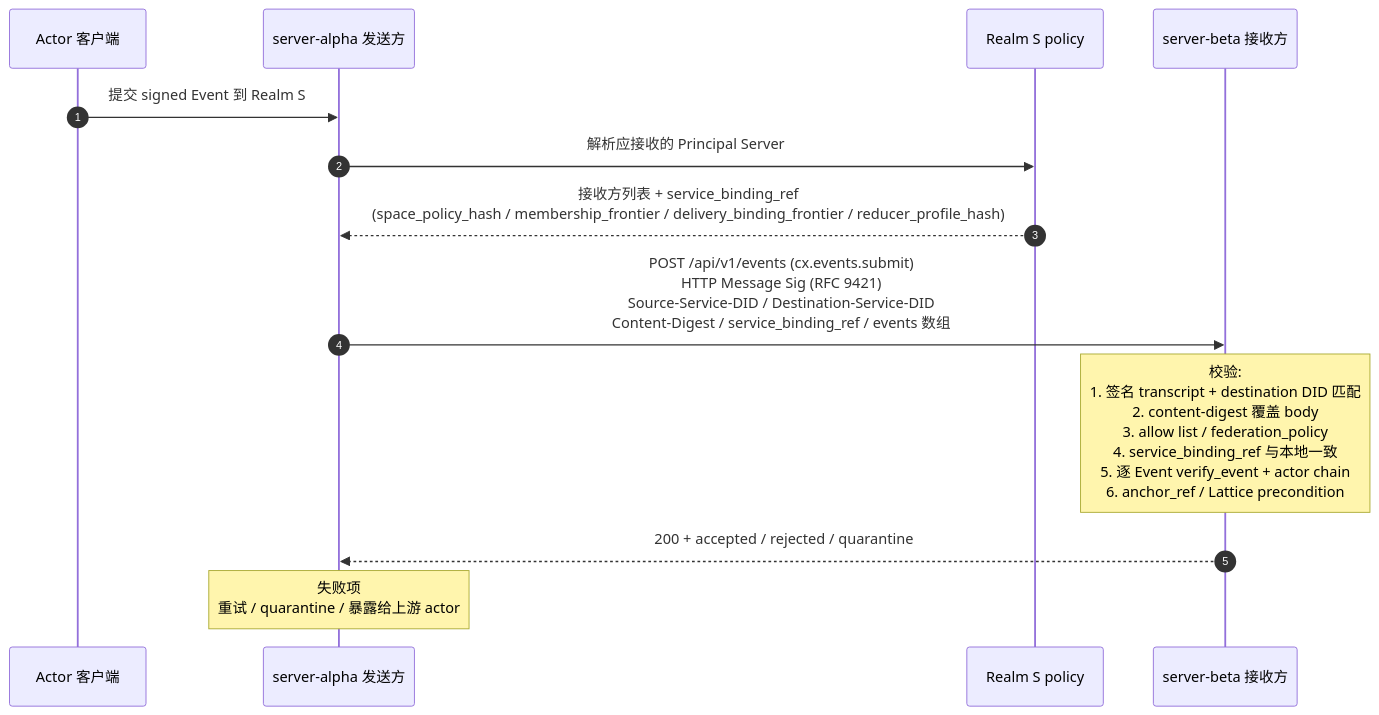
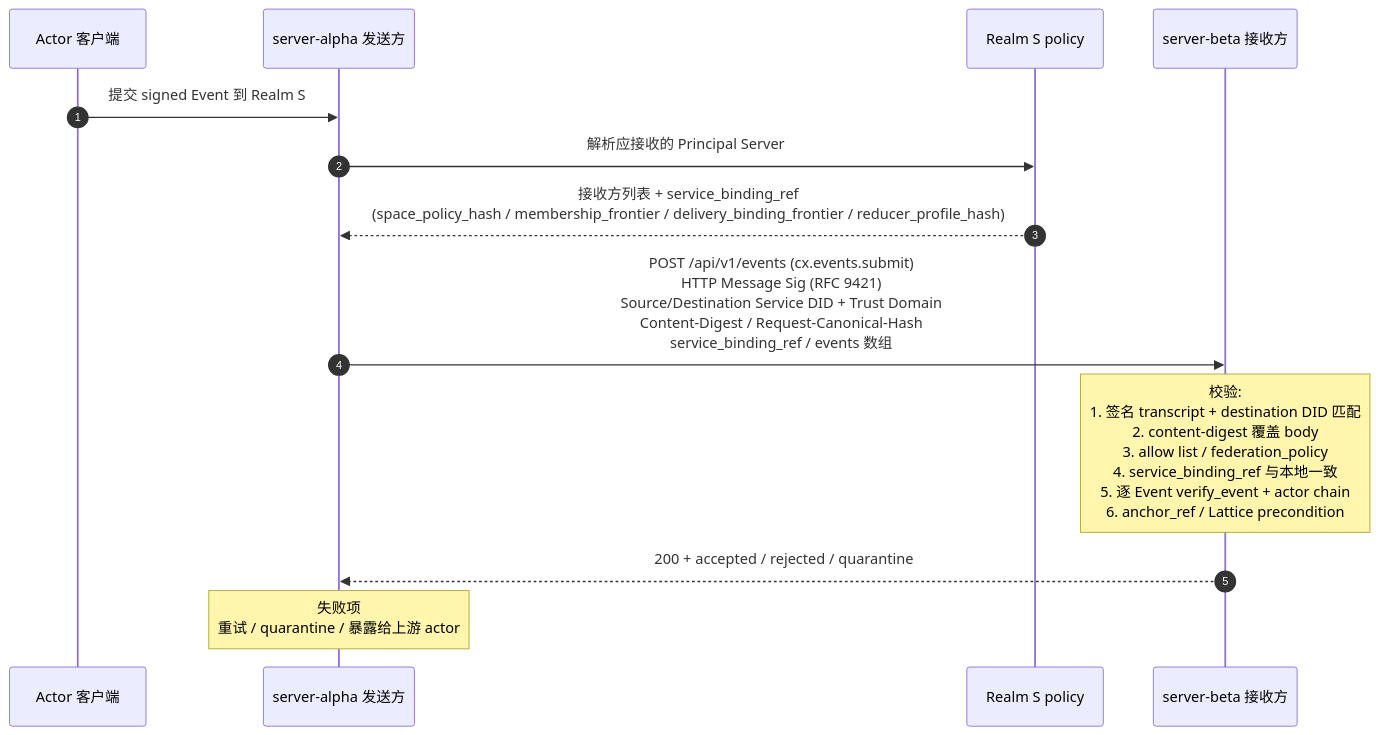
The diagram in spec/v1/zh/sync/federation.md (arkret-org/arkret-spec), drawn with Mermaid before and after one commit. The commit also changed other lines of this file and 60 other files, not shown here.

````diff
--- a/spec/v1/zh/sync/federation.md
+++ b/spec/v1/zh/sync/federation.md
@@ -226,16 +237,16 @@
 ```mermaid
 sequenceDiagram
     autonumber
     participant Cli as Actor 客户端
     participant Alpha as server-alpha 发送方
     participant Pol as Realm S policy
     participant Beta as server-beta 接收方
 
     Cli->>Alpha: 提交 signed Event 到 Realm S
     Alpha->>Pol: 解析应接收的 Principal Server
     Pol-->>Alpha: 接收方列表 + service_binding_ref<br>(space_policy_hash / membership_frontier / delivery_binding_frontier / reducer_profile_hash)
-    Alpha->>Beta: POST /api/v1/events (cx.events.submit)<br>HTTP Message Sig (RFC 9421)<br>Source-Service-DID / Destination-Service-DID<br>Content-Digest / service_binding_ref / events 数组
+    Alpha->>Beta: POST /api/v1/events (cx.events.submit)<br>HTTP Message Sig (RFC 9421)<br>Source/Destination Service DID + Trust Domain<br>Content-Digest / Request-Canonical-Hash<br>service_binding_ref / events 数组
     note over Beta: 校验:<br>1. 签名 transcript + destination DID 匹配<br>2. content-digest 覆盖 body<br>3. allow list / federation_policy<br>4. service_binding_ref 与本地一致<br>5. 逐 Event verify_event + actor chain<br>6. anchor_ref / Lattice precondition
     Beta-->>Alpha: 200 + accepted / rejected / quarantine
     note over Alpha: 失败项<br>重试 / quarantine / 暴露给上游 actor
 ```
````
